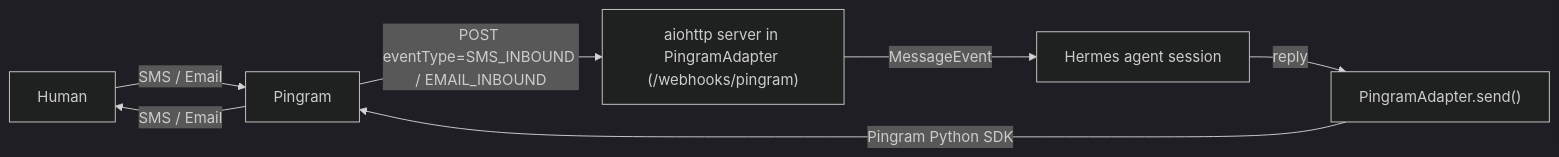
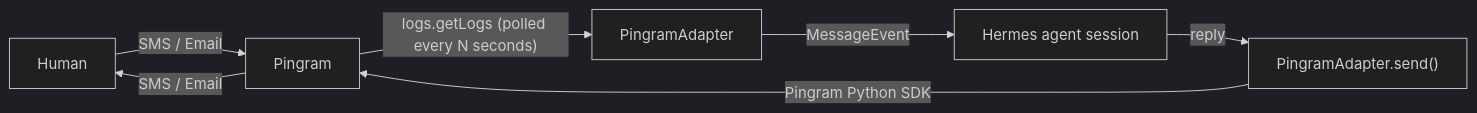
Before and after one commit to pingram-io/hermes-gateway: the diagram in README.md, drawn with Mermaid (dark theme). The commit also changed other lines of this file and 8 other files, not shown here.

````diff
--- a/README.md
+++ b/README.md
@@ -13,9 +14,9 @@
 ```mermaid
 flowchart LR
   human["Human"] -->|"SMS / Email"| pingram["Pingram"]
-  pingram -->|"POST eventType=SMS_INBOUND / EMAIL_INBOUND"| webhook["aiohttp server in PingramAdapter (/webhooks/pingram)"]
-  webhook -->|"MessageEvent"| agent["Hermes agent session"]
+  pingram -->|"logs.getLogs (polled every N seconds)"| adapter["PingramAdapter"]
+  adapter -->|"MessageEvent"| agent["Hermes agent session"]
   agent -->|"reply"| send["PingramAdapter.send()"]
   send -->|"Pingram Python SDK"| pingram
   pingram -->|"SMS / Email"| human
 ```
````
